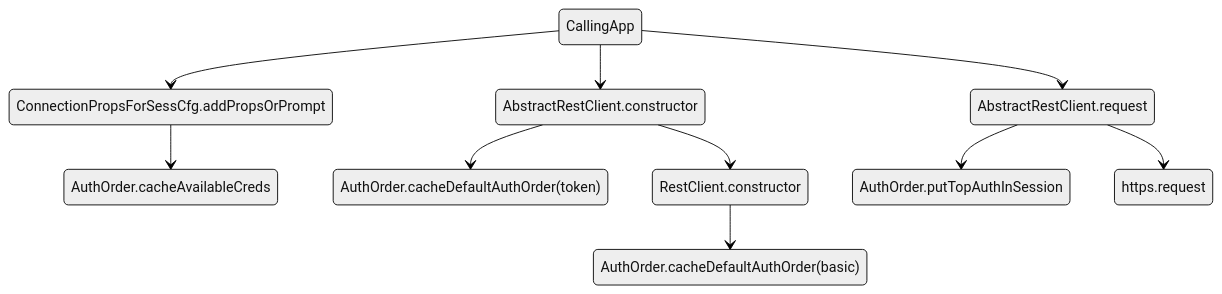
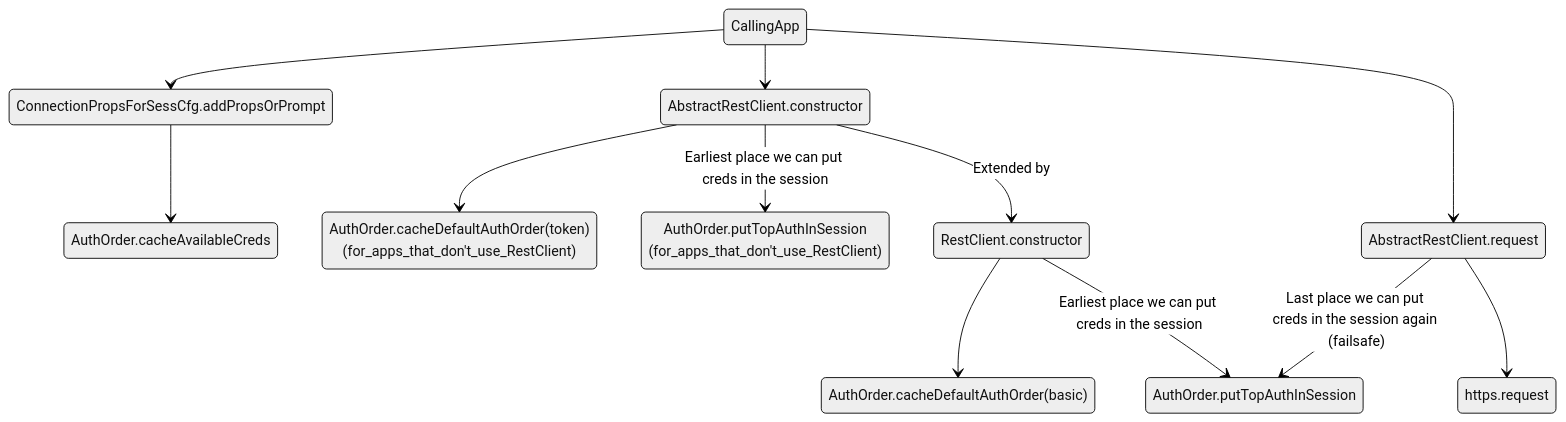
Before and after one commit to zowe/zowe-cli: the diagram in docs/Design_for_selecting_auth_type.md, drawn with Mermaid (neutral theme).

Commit message:
Update diagram for RestClient actions.

````diff
--- a/docs/Design_for_selecting_auth_type.md
+++ b/docs/Design_for_selecting_auth_type.md
@@ -248,21 +248,25 @@
 ```mermaid
 stateDiagram-v2
 
     CallingApp --> ConnectionPropsForSessCfg.addPropsOrPrompt
 
     ConnectionPropsForSessCfg.addPropsOrPrompt --> AuthOrder.cacheAvailableCreds
 
     CallingApp --> AbstractRestClient.constructor
 
-    AbstractRestClient.constructor --> AuthOrder.cacheDefaultAuthOrder(token)
+    AbstractRestClient.constructor --> AuthOrder.cacheDefaultAuthOrder(token)<br/>(for_apps_that_don't_use_RestClient)
 
-    AbstractRestClient.constructor --> RestClient.constructor
+    AbstractRestClient.constructor --> AuthOrder.putTopAuthInSession<br/>(for_apps_that_don't_use_RestClient): Earliest place we can put creds in the session
+
+    AbstractRestClient.constructor --> RestClient.constructor: Extended by
 
     RestClient.constructor --> AuthOrder.cacheDefaultAuthOrder(basic)
 
+    RestClient.constructor --> AuthOrder.putTopAuthInSession: Earliest place we can put creds in the session
+
     CallingApp --> AbstractRestClient.request
 
-    AbstractRestClient.request --> AuthOrder.putTopAuthInSession
+    AbstractRestClient.request --> AuthOrder.putTopAuthInSession: Last place we can put creds in the session again (failsafe)
 
     AbstractRestClient.request --> https.request
 ```
````
